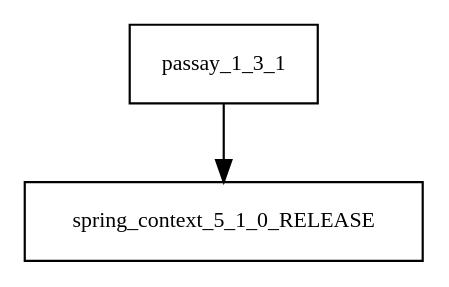
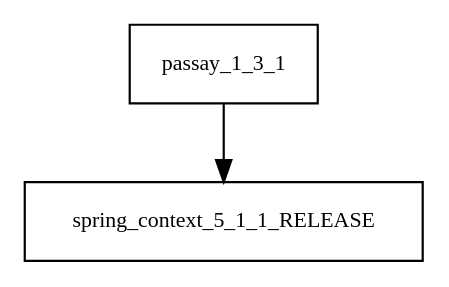
The diagram in tattleTaleReport/graphviz/passay-1.3.1.jar/passay-1.3.1.jar.dot (Hack23/cia), drawn with Graphviz before and after one commit. The commit also changed 2494 other files, not shown here.

```diff
--- a/tattleTaleReport/graphviz/passay-1.3.1.jar/passay-1.3.1.jar.dot
+++ b/tattleTaleReport/graphviz/passay-1.3.1.jar/passay-1.3.1.jar.dot
@@ -1,4 +1,4 @@
 digraph passay_1_3_1_dependencies {
   node [shape = box, fontsize=10.0];
-  passay_1_3_1 -> spring_context_5_1_0_RELEASE;
+  passay_1_3_1 -> spring_context_5_1_1_RELEASE;
 }
```
